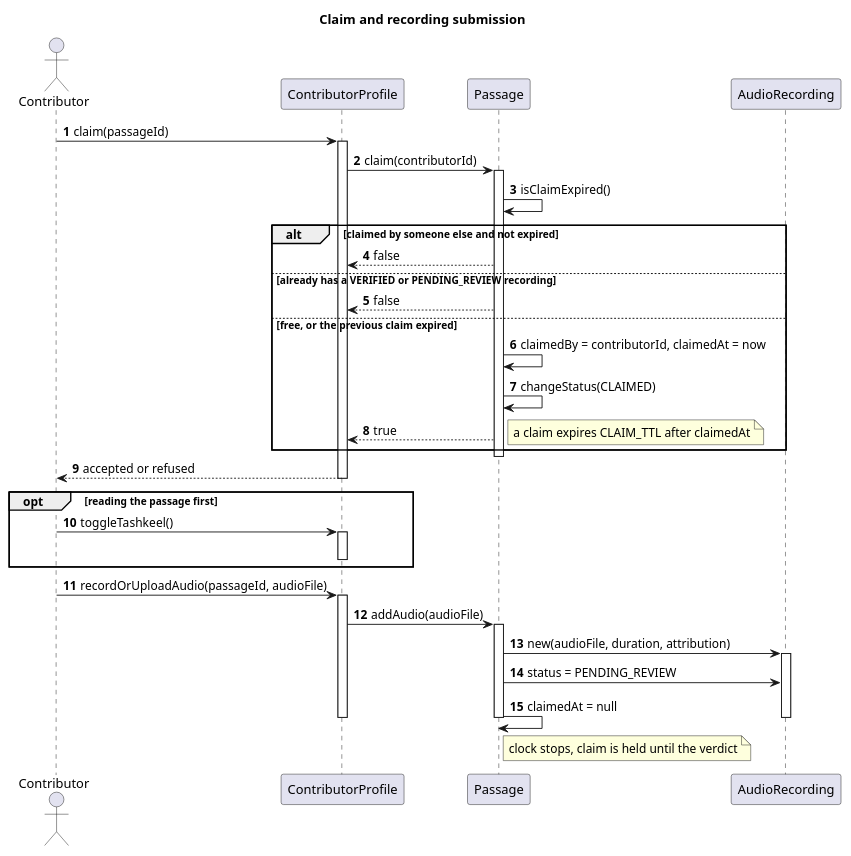
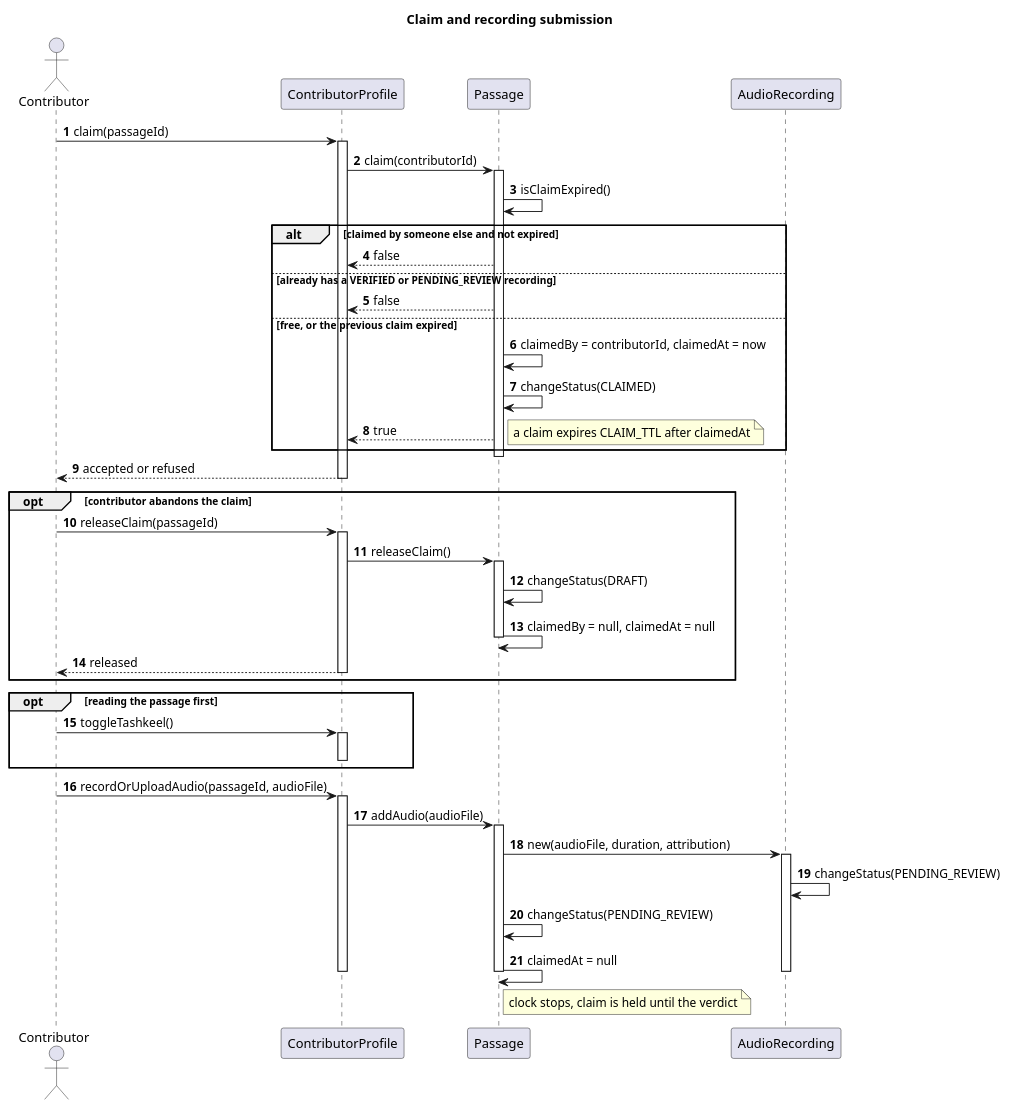
The diagram in h_seq1_claim_cycle.puml (iAbdulrrahman/asghi-diagrams), drawn with PlantUML before and after one commit. The commit also changed 1 other file, not shown here.

Commit message:
seq1: released claim returns to DRAFT; upload moves passage to PENDING_REVIEW

```diff
--- a/h_seq1_claim_cycle.puml
+++ b/h_seq1_claim_cycle.puml
@@ -1,50 +1,63 @@
 @startuml
 title Claim and recording submission
 autonumber
 
 actor Contributor as CON
 participant "ContributorProfile" as CP
 participant "Passage" as P
 participant "AudioRecording" as AR
 
 CON -> CP : claim(passageId)
 activate CP
 CP -> P : claim(contributorId)
 activate P
 P -> P : isClaimExpired()
 
 alt claimed by someone else and not expired
     P --> CP : false
 else already has a VERIFIED or PENDING_REVIEW recording
     P --> CP : false
 else free, or the previous claim expired
     P -> P : claimedBy = contributorId, claimedAt = now
     P -> P : changeStatus(CLAIMED)
     P --> CP : true
     note right : a claim expires CLAIM_TTL after claimedAt
 end
 deactivate P
 CP --> CON : accepted or refused
 deactivate CP
 
+opt contributor abandons the claim
+    CON -> CP : releaseClaim(passageId)
+    activate CP
+    CP -> P : releaseClaim()
+    activate P
+    P -> P : changeStatus(DRAFT)
+    P -> P : claimedBy = null, claimedAt = null
+    deactivate P
+    CP --> CON : released
+    deactivate CP
+end
+
 opt reading the passage first
     CON -> CP : toggleTashkeel()
     activate CP
     deactivate CP
 end
 
 CON -> CP : recordOrUploadAudio(passageId, audioFile)
 activate CP
 CP -> P : addAudio(audioFile)
 activate P
 P -> AR : new(audioFile, duration, attribution)
 activate AR
-P -> AR : status = PENDING_REVIEW
+AR -> AR : changeStatus(PENDING_REVIEW)
+P -> P : changeStatus(PENDING_REVIEW)
 P -> P : claimedAt = null
 deactivate P
 deactivate AR
 deactivate CP
 
 note right of P : clock stops, claim is held until the verdict
 
 @enduml
```
